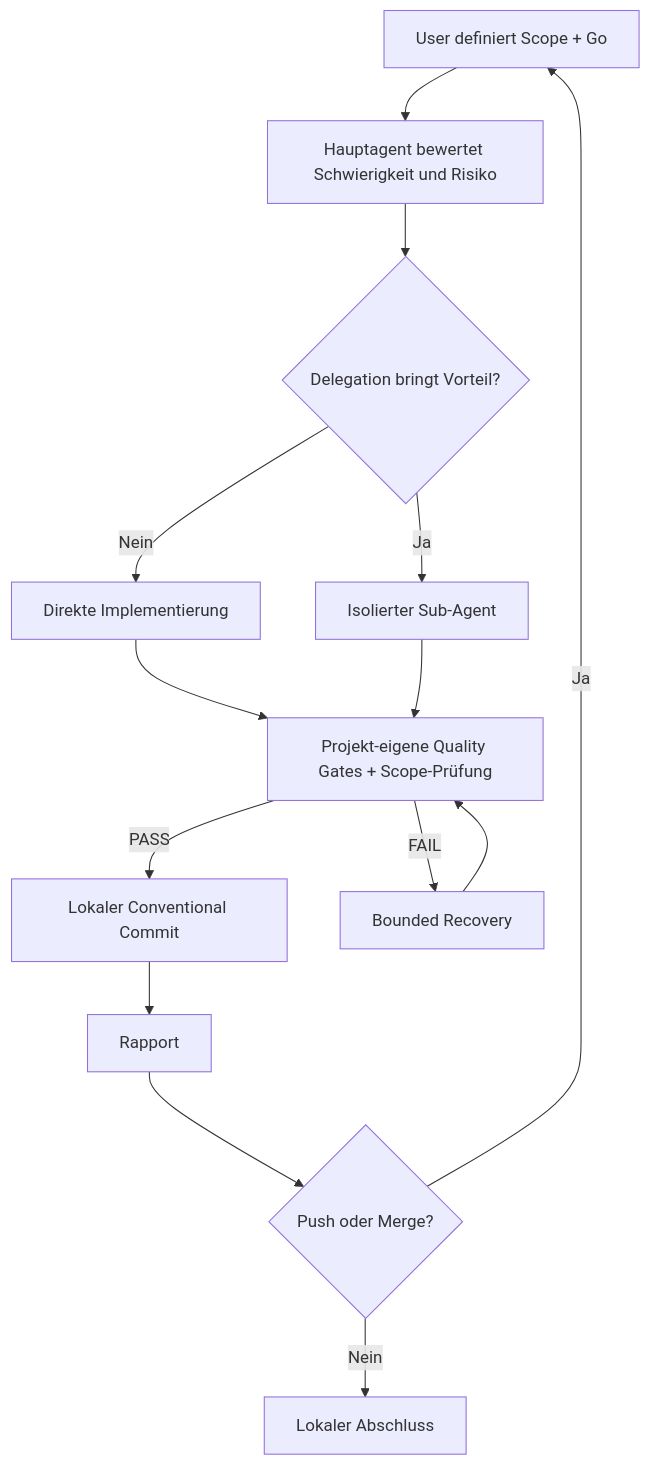
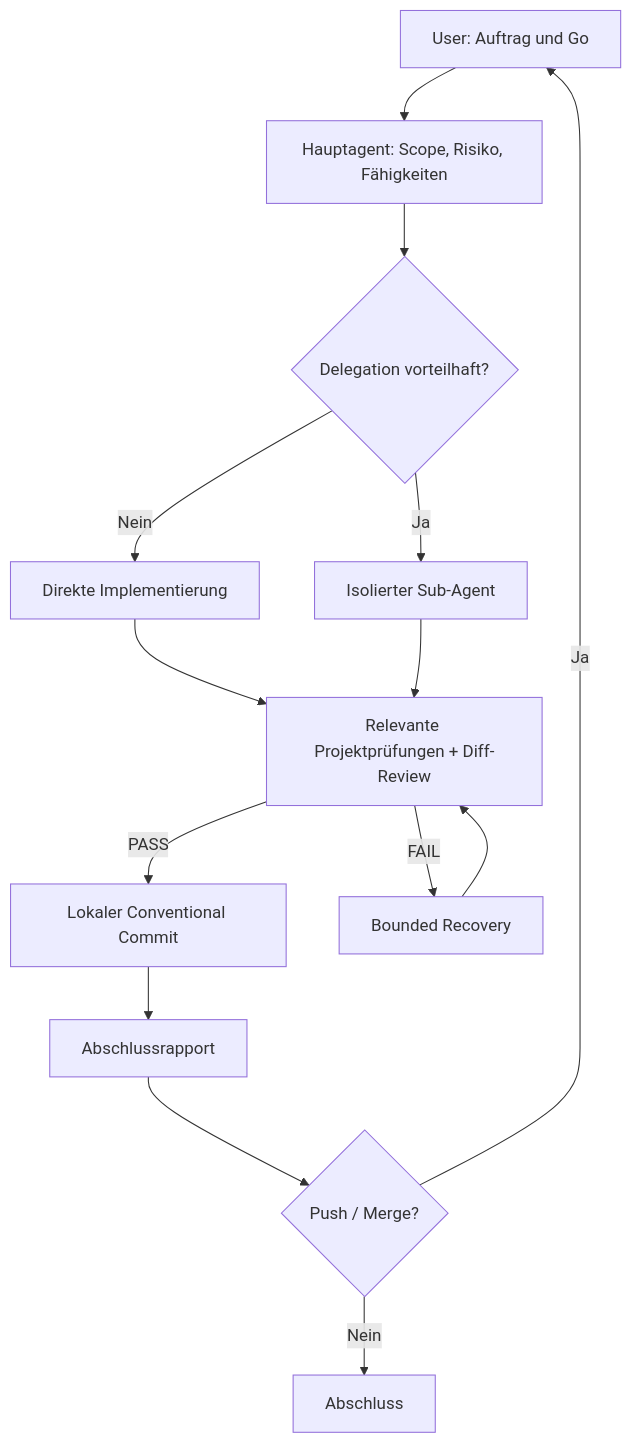
Before and after one commit to pancoda-software/portable-agentic-policy-kit: the second of 2 diagrams in docs/01-architektur.md, drawn with Mermaid. The commit also changed other lines of this file and 35 other files, not shown here.

````diff
--- a/docs/01-architektur.md
+++ b/docs/01-architektur.md
@@ -36,16 +32,16 @@
 ```mermaid
 flowchart TD
-    U["User definiert Scope + Go"] --> MAIN["Hauptagent bewertet Schwierigkeit und Risiko"]
-    MAIN --> D{"Delegation bringt Vorteil?"}
+    U["User: Auftrag und Go"] --> MAIN["Hauptagent: Scope, Risiko, Fähigkeiten"]
+    MAIN --> D{"Delegation vorteilhaft?"}
     D -->|Nein| SELF["Direkte Implementierung"]
     D -->|Ja| SUB["Isolierter Sub-Agent"]
-    SELF --> Q["Projekt-eigene Quality Gates + Scope-Prüfung"]
+    SELF --> Q["Relevante Projektprüfungen + Diff-Review"]
     SUB --> Q
     Q -->|PASS| COMMIT["Lokaler Conventional Commit"]
     Q -->|FAIL| FIX["Bounded Recovery"]
     FIX --> Q
-    COMMIT --> R["Rapport"]
-    R --> REMOTE{"Push oder Merge?"}
+    COMMIT --> R["Abschlussrapport"]
+    R --> REMOTE{"Push / Merge?"}
     REMOTE -->|Ja| U
-    REMOTE -->|Nein| DONE["Lokaler Abschluss"]
+    REMOTE -->|Nein| DONE["Abschluss"]
 ```
````
